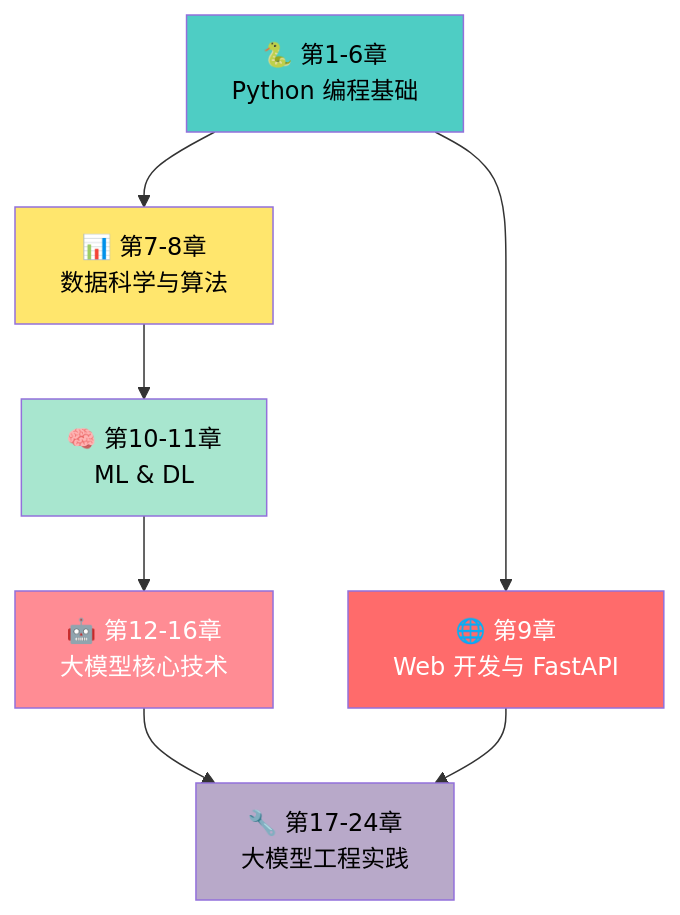
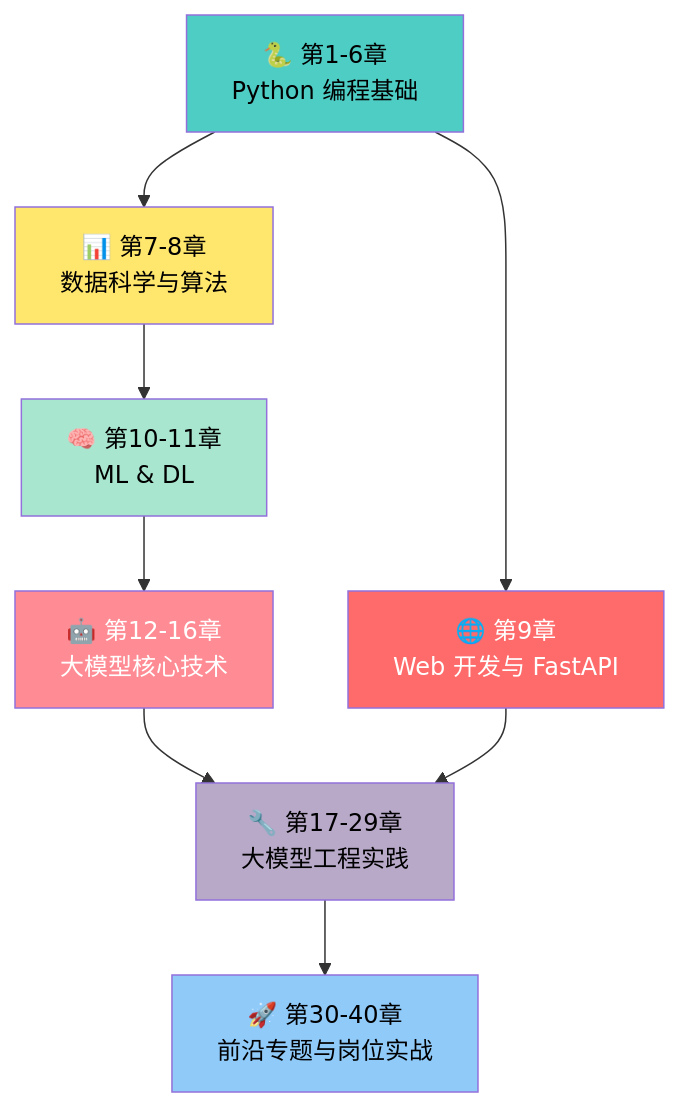
Before and after one commit to BeefWrap4/LLM-Knowledge-Base: the first of 8 diagrams in 00_目录索引.md, drawn with Mermaid. The commit also changed other lines of this file and 454 other files, not shown here.

````diff
--- a/00_目录索引.md
+++ b/00_目录索引.md
@@ -97,16 +109,18 @@
 ```mermaid
 flowchart TD
     A["🐍 第1-6章<br/>Python 编程基础"] --> C["🌐 第9章<br/>Web 开发与 FastAPI"]
     A --> B["📊 第7-8章<br/>数据科学与算法"]
     B --> D["🧠 第10-11章<br/>ML & DL"]
     D --> E["🤖 第12-16章<br/>大模型核心技术"]
-    E --> F["🔧 第17-24章<br/>大模型工程实践"]
+    E --> F["🔧 第17-29章<br/>大模型工程实践"]
+    F --> G["🚀 第30-40章<br/>前沿专题与岗位实战"]
     C --> F
     
     style A fill:#4ECDC4,color:#000
     style B fill:#FFE66D,color:#000
     style C fill:#FF6B6B,color:#fff
     style D fill:#A8E6CF,color:#000
     style E fill:#FF8C94,color:#fff
     style F fill:#B8A9C9,color:#000
+    style G fill:#90CAF9,color:#000
 ```
````
